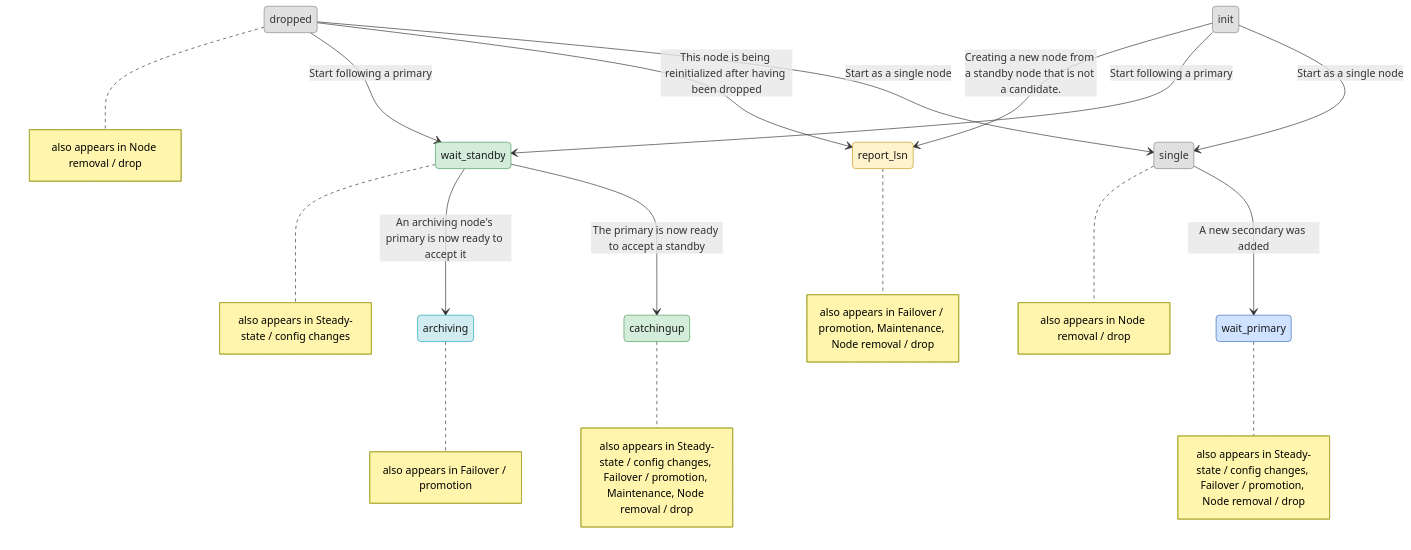
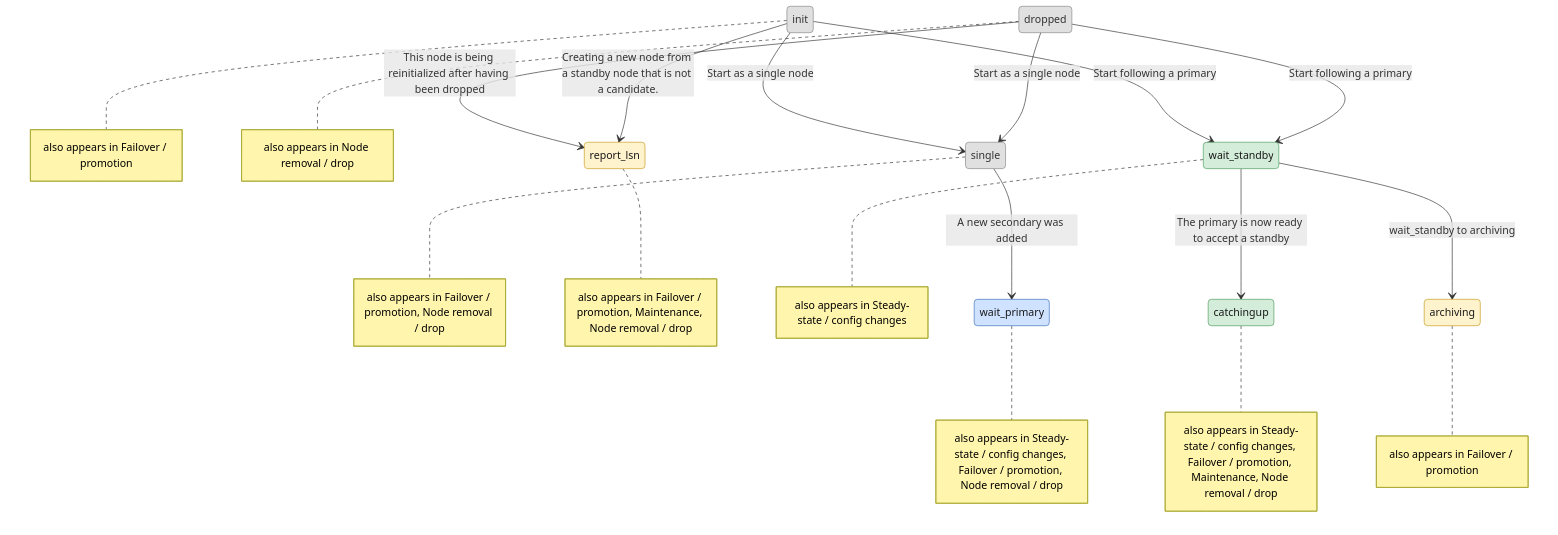
The first of 5 diagrams in docs/failover-state-machine.rst (hapostgres/pg_auto_failover), drawn with Mermaid before and after one commit. The commit also changed other lines of this file, not shown here.

```diff
--- a/docs/failover-state-machine.rst
+++ b/docs/failover-state-machine.rst
@@ -421,34 +423,34 @@
 .. mermaid::
 
    stateDiagram-v2
        init --> single : Start as a single node
        dropped --> single : Start as a single node
        dropped --> report_lsn : This node is being reinitialized after having been dropped
        single --> wait_primary : A new secondary was added
        wait_standby --> catchingup : The primary is now ready to accept a standby
+       wait_standby --> archiving : wait_standby to archiving
        init --> wait_standby : Start following a primary
        dropped --> wait_standby : Start following a primary
        init --> report_lsn : Creating a new node from a standby node that is not a candidate.
-       wait_standby --> archiving : An archiving node's primary is now ready to accept it
 
-       note right of single : also appears in Node removal / drop
+       note right of init : also appears in Failover / promotion
+       note right of single : also appears in Failover / promotion, Node removal / drop
        note right of dropped : also appears in Node removal / drop
        note right of report_lsn : also appears in Failover / promotion, Maintenance, Node removal / drop
        note right of wait_primary : also appears in Steady-state / config changes, Failover / promotion, Node removal / drop
        note right of wait_standby : also appears in Steady-state / config changes
        note right of catchingup : also appears in Steady-state / config changes, Failover / promotion, Maintenance, Node removal / drop
        note right of archiving : also appears in Failover / promotion
 
        classDef metaState fill:#e0e0e0,stroke:#888888,color:#333333
        classDef primaryState fill:#cfe2ff,stroke:#3b6fb6,color:#1a1a1a
        classDef secondaryState fill:#d4edda,stroke:#4c9a5b,color:#1a1a1a
        classDef electionState fill:#fff3cd,stroke:#c99a1e,color:#1a1a1a
-       classDef archiverState fill:#d1ecf1,stroke:#17a2b8,color:#1a1a1a
        class init metaState
        class single metaState
        class dropped metaState
        class report_lsn electionState
        class wait_primary primaryState
        class wait_standby secondaryState
        class catchingup secondaryState
-       class archiving archiverState
+       class archiving electionState
```
